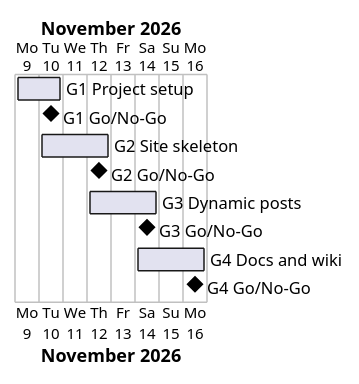
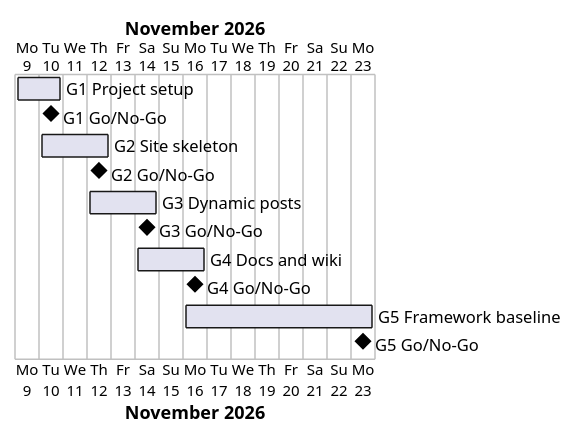
One commit to Tirsvad-Udemy-100-days-of-code/059-blog-capstone-part-2 changed the diagram in docs/project-plan.md. Above: the diagram before and after it, drawn with PlantUML. The commit also changed other lines of this file and 14 other files, not shown here.

First line of the commit message:
MIL-005 Framework baseline for the Blog Capstone Part 2 project

````diff
--- a/docs/project-plan.md
+++ b/docs/project-plan.md
@@ -53,13 +58,15 @@
 ```plantuml
 @startgantt
 Project starts 2026-11-09
 [G1 Project setup] starts 2026-11-09 and ends 2026-11-10
 [G1 Go/No-Go] happens 2026-11-10
 [G2 Site skeleton] starts 2026-11-10 and ends 2026-11-12
 [G2 Go/No-Go] happens 2026-11-12
 [G3 Dynamic posts] starts 2026-11-12 and ends 2026-11-14
 [G3 Go/No-Go] happens 2026-11-14
 [G4 Docs and wiki] starts 2026-11-14 and ends 2026-11-16
 [G4 Go/No-Go] happens 2026-11-16
+[G5 Framework baseline] starts 2026-11-16 and ends 2026-11-23
+[G5 Go/No-Go] happens 2026-11-23
 @endgantt
 ```
````
